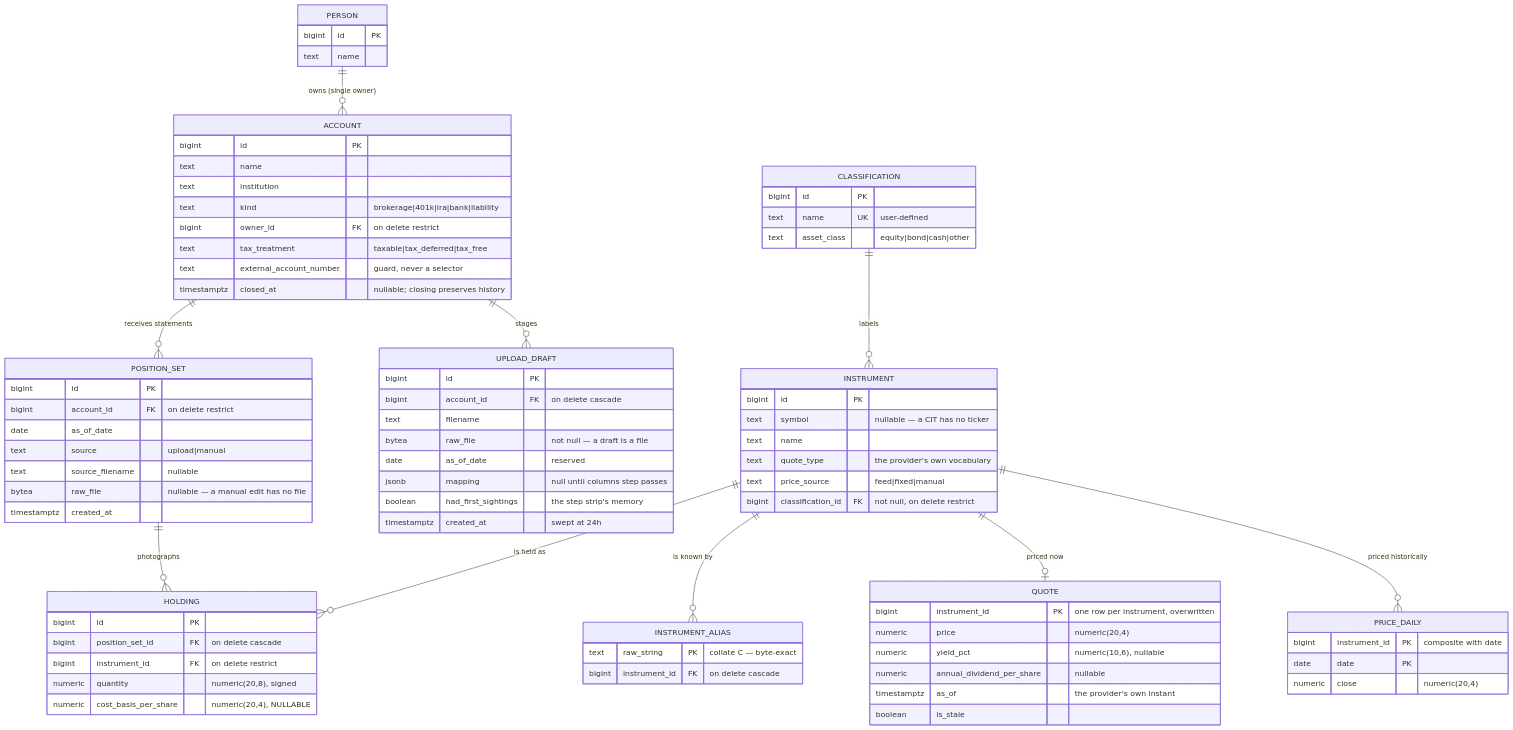
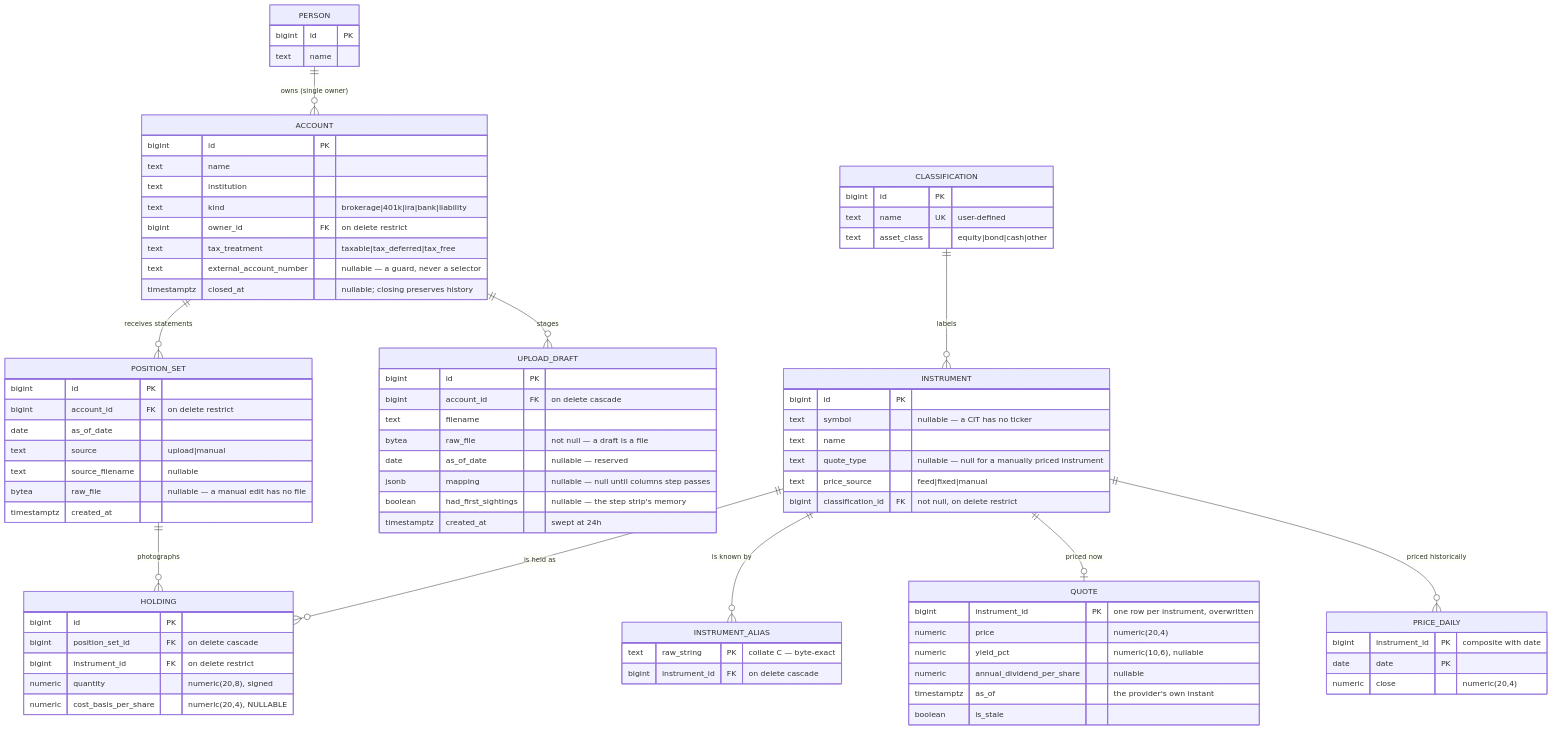
The fifth of 10 diagrams in ARCHITECTURE.md (chethan123/portfolio), drawn with Mermaid before and after one commit. The commit also changed other lines of this file, not shown here.

````diff
--- a/ARCHITECTURE.md
+++ b/ARCHITECTURE.md
@@ -407,7 +461,7 @@
         text kind "brokerage|401k|ira|bank|liability"
         bigint owner_id FK "on delete restrict"
         text tax_treatment "taxable|tax_deferred|tax_free"
-        text external_account_number "guard, never a selector"
+        text external_account_number "nullable — a guard, never a selector"
         timestamptz closed_at "nullable; closing preserves history"
     }
     CLASSIFICATION {
@@ -419,7 +473,7 @@
         bigint id PK
         text symbol "nullable — a CIT has no ticker"
         text name
-        text quote_type "the provider's own vocabulary"
+        text quote_type "nullable — null for a manually priced instrument"
         text price_source "feed|fixed|manual"
         bigint classification_id FK "not null, on delete restrict"
     }
@@ -461,9 +515,9 @@
         bigint account_id FK "on delete cascade"
         text filename
         bytea raw_file "not null — a draft is a file"
-        date as_of_date "reserved"
-        jsonb mapping "null until columns step passes"
-        boolean had_first_sightings "the step strip's memory"
+        date as_of_date "nullable — reserved"
+        jsonb mapping "nullable — null until columns step passes"
+        boolean had_first_sightings "nullable — the step strip's memory"
         timestamptz created_at "swept at 24h"
     }
 ```
````
